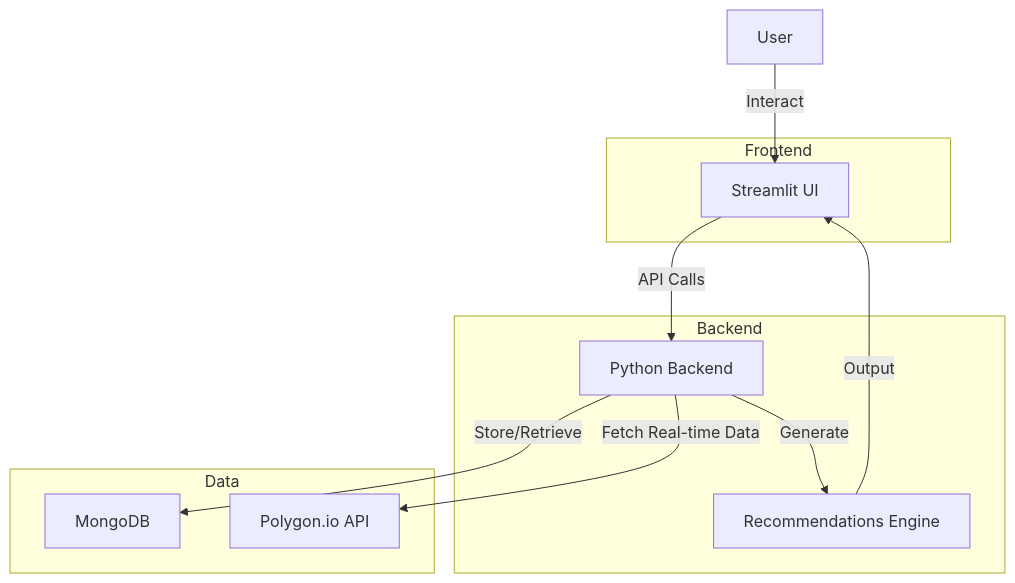
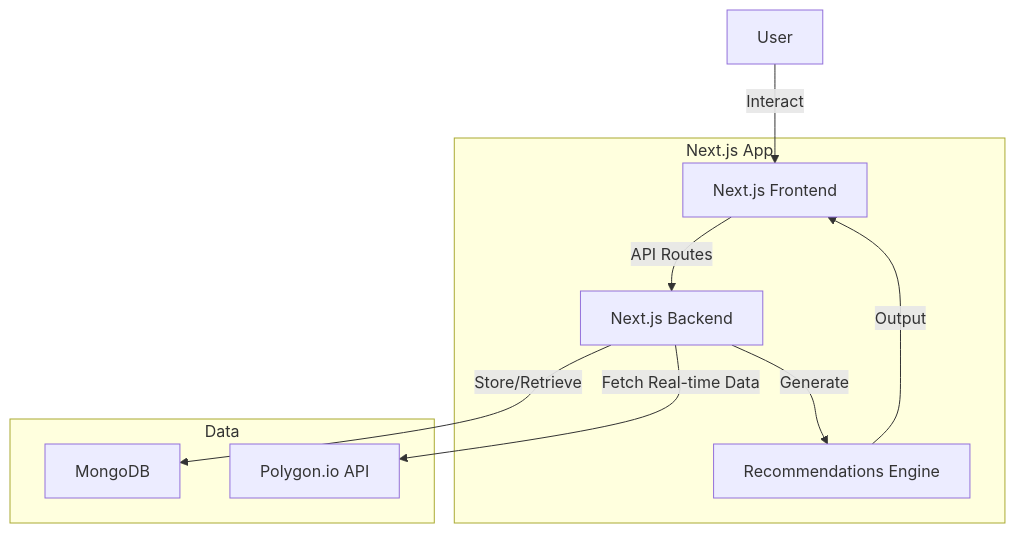
Before and after one commit to sperezintexas/fintech-app: the diagram in readme.md, drawn with Mermaid. The commit also changed other lines of this file and 69 other files, not shown here.

First line of the commit message:
MVP 1.0 - myInvestments App (Next.js Migration)

````diff
--- a/readme.md
+++ b/readme.md
@@ -54,20 +76,18 @@
 ```mermaid
 graph TD
-    A[User] -->|Interact| B[Streamlit UI]
-    B -->|API Calls| C[Python Backend]
+    A[User] -->|Interact| B[Next.js Frontend]
+    B -->|API Routes| C[Next.js Backend]
     C -->|Store/Retrieve| D[MongoDB]
     C -->|Fetch Real-time Data| E[Polygon.io API]
     C -->|Generate| F[Recommendations Engine]
     F -->|Output| B
-    subgraph Frontend
+    subgraph Next.js App
         B
-    end
-    subgraph Backend
         C
         F
     end
     subgraph Data
         D
         E
     end
 ```
````
